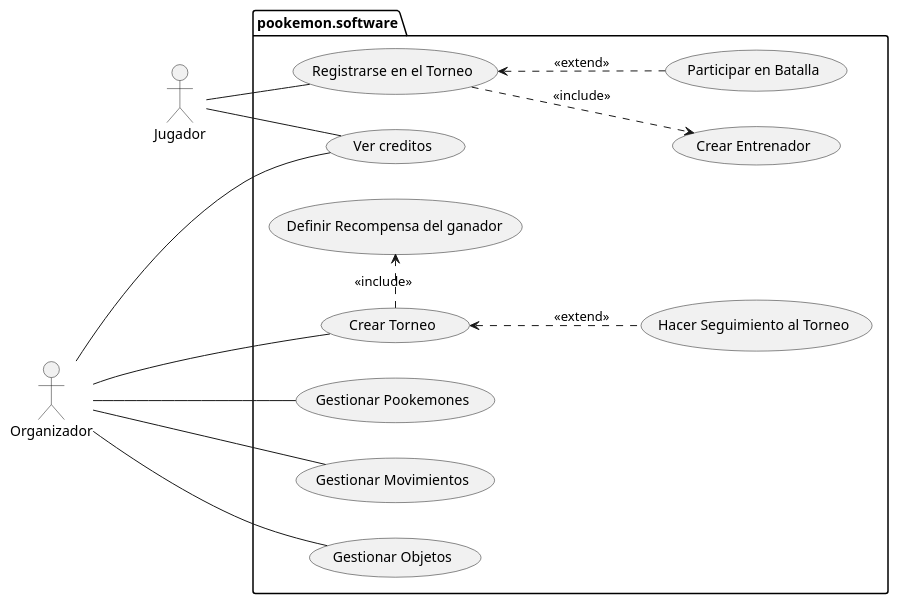
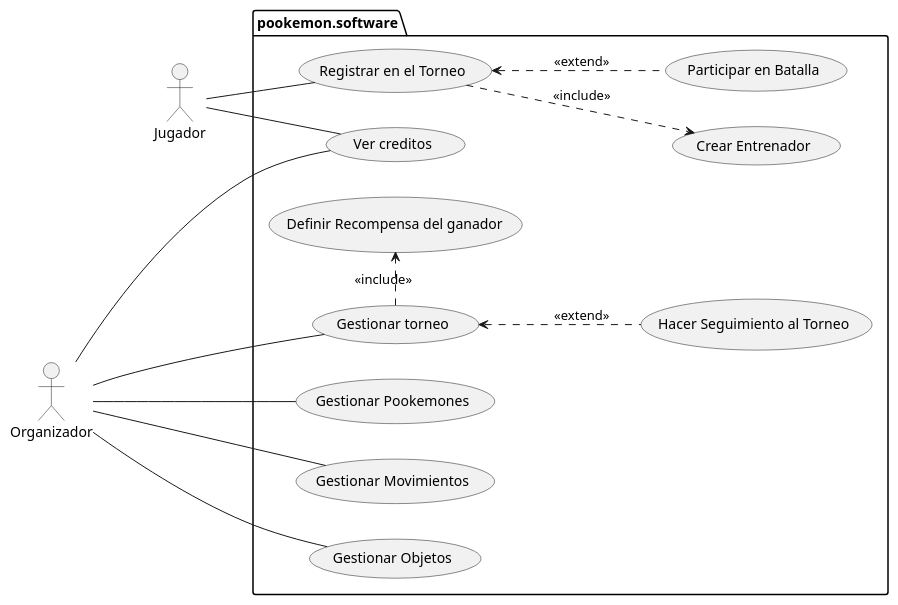
Before and after one commit to Edmh1/Poo-Kemon-proyecto: the diagram in 5 diagramas de casos de uso/Casos de usos (Nivel 0).plantuml, drawn with PlantUML. The commit also changed 1 other file, not shown here.

Commit message:
update diagramas de clases y casos de uso

```diff
--- a/5 diagramas de casos de uso/Casos de usos (Nivel 0).plantuml
+++ b/5 diagramas de casos de uso/Casos de usos (Nivel 0).plantuml
@@ -1,42 +1,42 @@
 @startuml casos_de_uso_nivel_0
 
 left to right direction
 
 actor Jugador 
 actor Organizador 
 
 package "pookemon.software" {
     
-    usecase "Registrarse en el Torneo" as regTor
+    usecase "Registrar en el Torneo" as regTor
     usecase "Crear Entrenador" as creEnt
     usecase "Participar en Batalla" as parBat
 
     usecase "Ver creditos" as verCre
 
-    usecase "Crear Torneo" as creTor
+    usecase "Gestionar torneo" as creTor
     usecase "Hacer Seguimiento al Torneo" as hacSeg
     usecase "Definir Recompensa del ganador" as defRec
     usecase "Gestionar Pookemones" as gesPoo
     usecase "Gestionar Movimientos" as gesMov
     usecase "Gestionar Objetos" as gesObj
 }
 
 Jugador -- verCre
 
 
 Jugador -- regTor
 regTor ..> creEnt:<<include>>
 regTor <.. parBat:<<extend>>
 
 Organizador --- verCre
 
 Organizador -- creTor
 creTor .> defRec:<<include>>
 creTor <.. hacSeg:<<extend>>
 
 
 Organizador -- gesPoo
 Organizador -- gesObj
 Organizador -- gesMov
 
 @enduml
```
